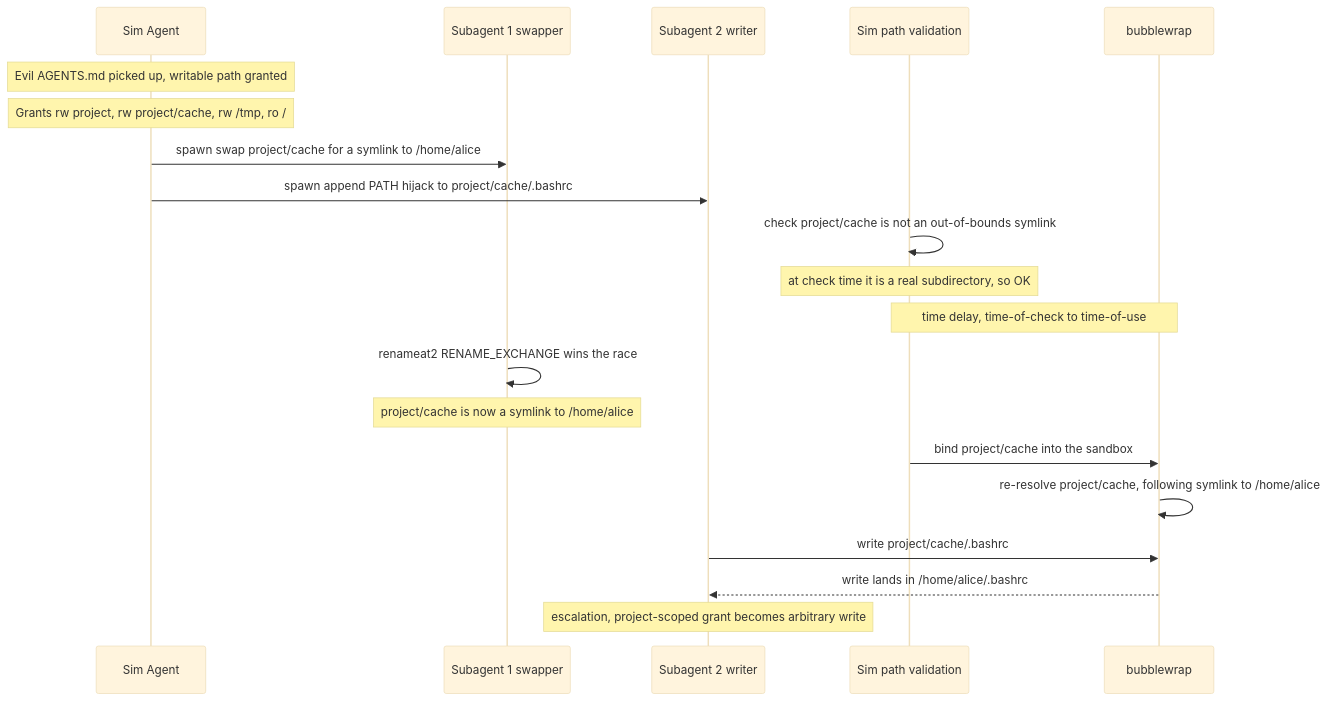
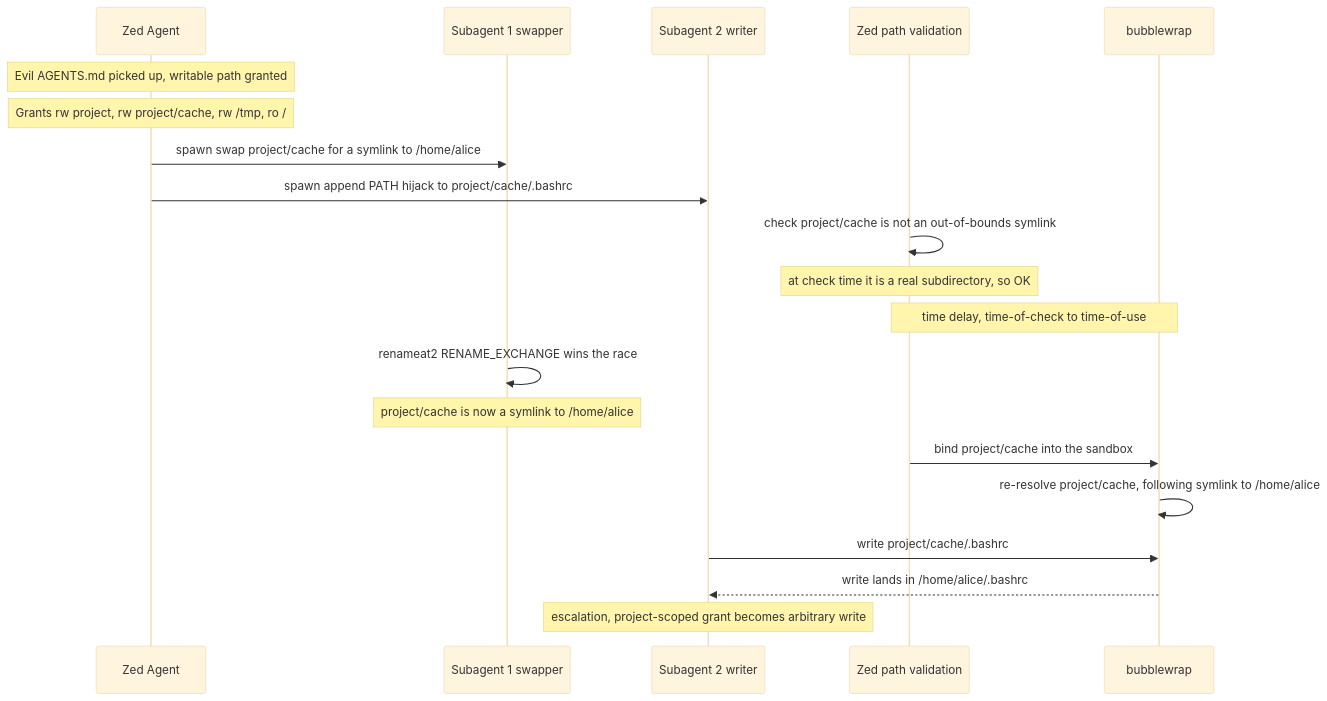
One commit to imagineerings/xor changed the first of 2 diagrams in crates/sandbox/README.md. Above: the diagram before and after it, drawn with Mermaid (base theme). The commit also changed other lines of this file and 2547 other files, not shown here.

````diff
--- a/crates/sandbox/README.md
+++ b/crates/sandbox/README.md
@@ -108,23 +108,23 @@
 ```mermaid
 sequenceDiagram
-    participant Agent as Sim Agent
+    participant Agent as Zed Agent
     participant S1 as Subagent 1 swapper
     participant S2 as Subagent 2 writer
-    participant Sim as Sim path validation
+    participant Zed as Zed path validation
     participant BW as bubblewrap
 
     Note over Agent: Evil AGENTS.md picked up, writable path granted
     Note over Agent: Grants rw project, rw project/cache, rw /tmp, ro /
     Agent->>S1: spawn swap project/cache for a symlink to /home/alice
     Agent->>S2: spawn append PATH hijack to project/cache/.bashrc
-    Sim->>Sim: check project/cache is not an out-of-bounds symlink
-    Note over Sim: at check time it is a real subdirectory, so OK
-    Note over Sim,BW: time delay, time-of-check to time-of-use
+    Zed->>Zed: check project/cache is not an out-of-bounds symlink
+    Note over Zed: at check time it is a real subdirectory, so OK
+    Note over Zed,BW: time delay, time-of-check to time-of-use
     S1->>S1: renameat2 RENAME_EXCHANGE wins the race
     Note over S1: project/cache is now a symlink to /home/alice
-    Sim->>BW: bind project/cache into the sandbox
+    Zed->>BW: bind project/cache into the sandbox
     BW->>BW: re-resolve project/cache, following symlink to /home/alice
     S2->>BW: write project/cache/.bashrc
     BW-->>S2: write lands in /home/alice/.bashrc
     Note over S2: escalation, project-scoped grant becomes arbitrary write
 ```
````
